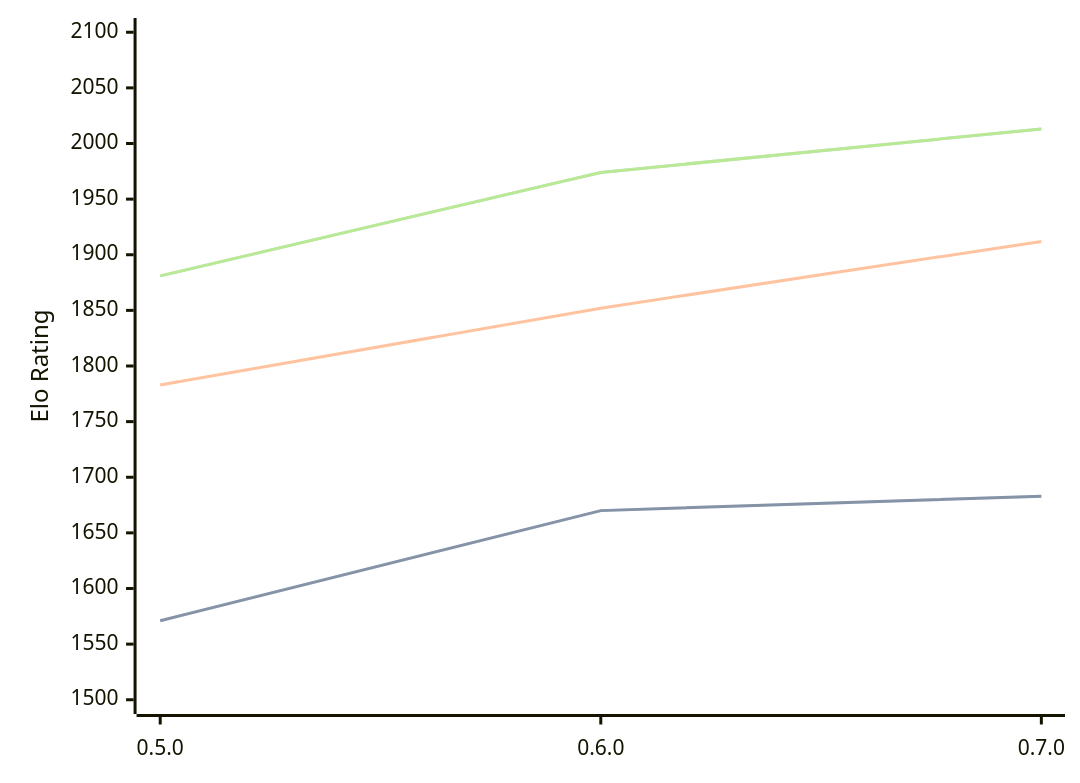
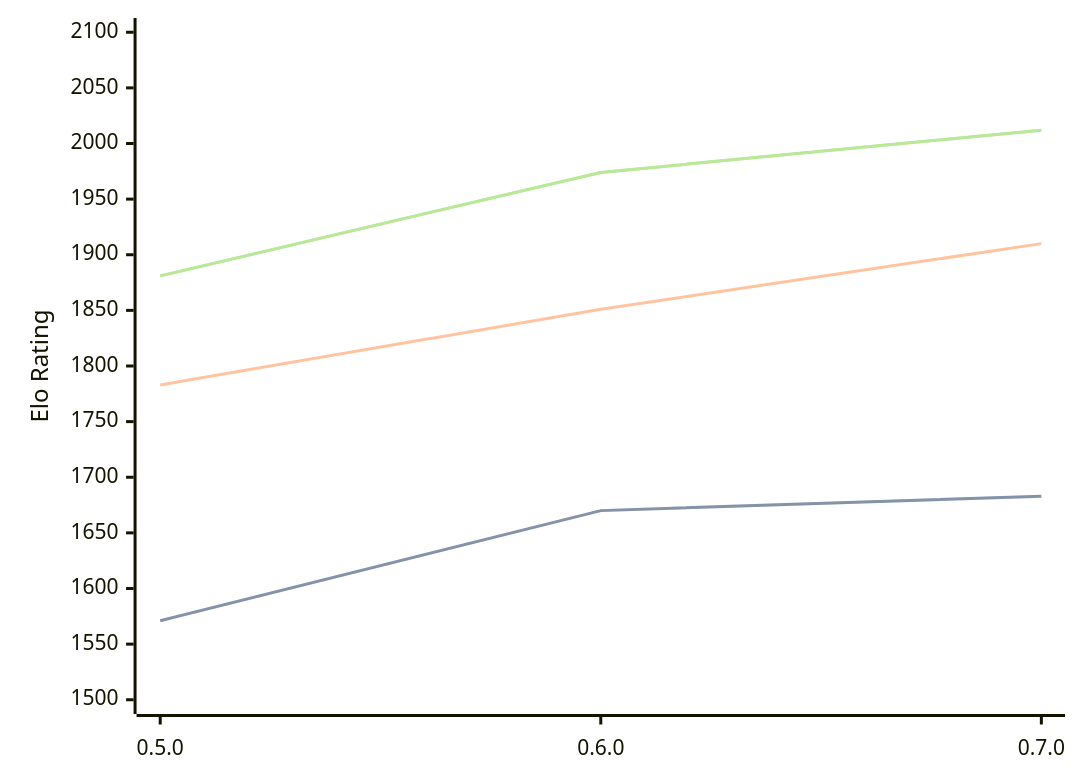
The diagram in engines/Chess-rs.md (computer-chess-index/cci), drawn with Mermaid before and after one commit. The commit also changed other lines of this file, not shown here.

Commit message:
Update CCI Ratings (ELO VLTC) - 2026-08-12

````diff
--- a/engines/Chess-rs.md
+++ b/engines/Chess-rs.md
@@ -33,11 +33,11 @@
 ```mermaid
 %%{init: {"theme":"base","themeVariables":{"seriesColors:['#a3a3a3','#222221','#faa371']}}}%%
 xychart-beta
   x-axis ["0.5.0", "0.6.0", "0.7.0"]
   y-axis "Elo Rating" 1500 --> 2100
   line "STC (8.0+0.08s)" [1571, 1670, 1683]
   line "STC (8.0+0.08s)" [1571, 1670, 1683]
-  line "LTC (60.0+0.60s)" [1783, 1852, 1912]
-  line "VLTC (2m24s+1.12s)" [1881, 1974, 2013]
-  line "VLTC (2m24s+1.12s)" [1881, 1974, 2013]
+  line "LTC (60.0+0.60s)" [1783, 1851, 1910]
+  line "VLTC (2m24s+1.12s)" [1881, 1974, 2012]
+  line "VLTC (2m24s+1.12s)" [1881, 1974, 2012]
 ```
````
